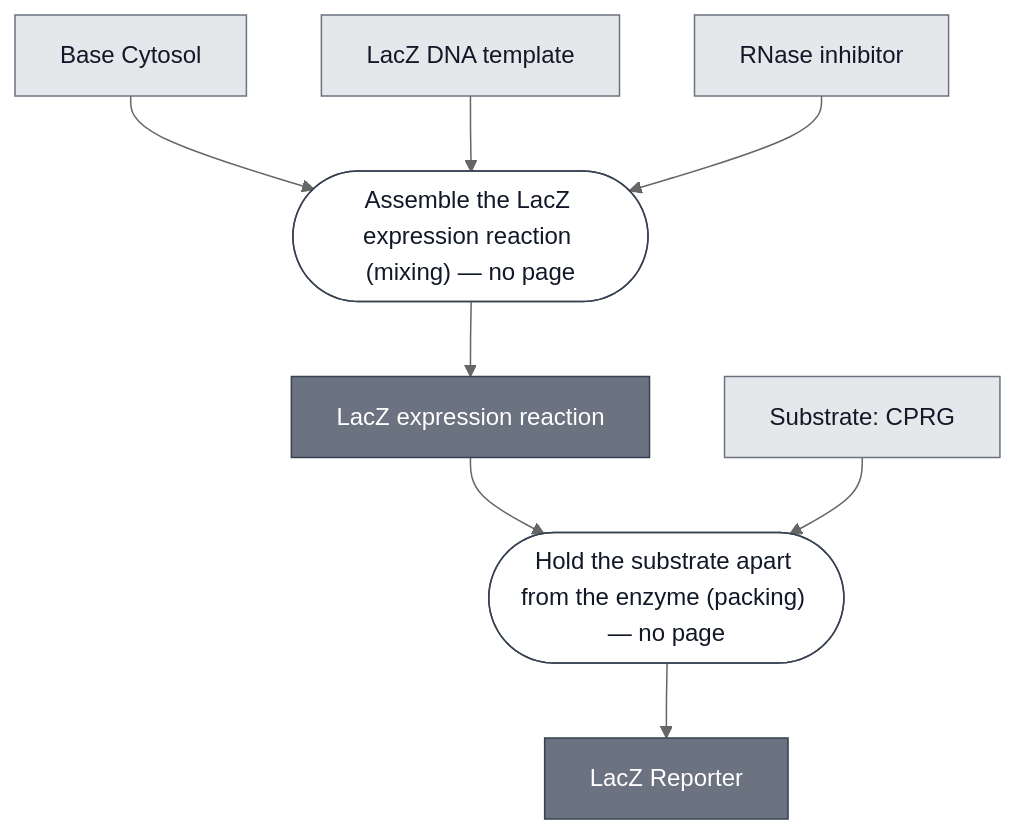
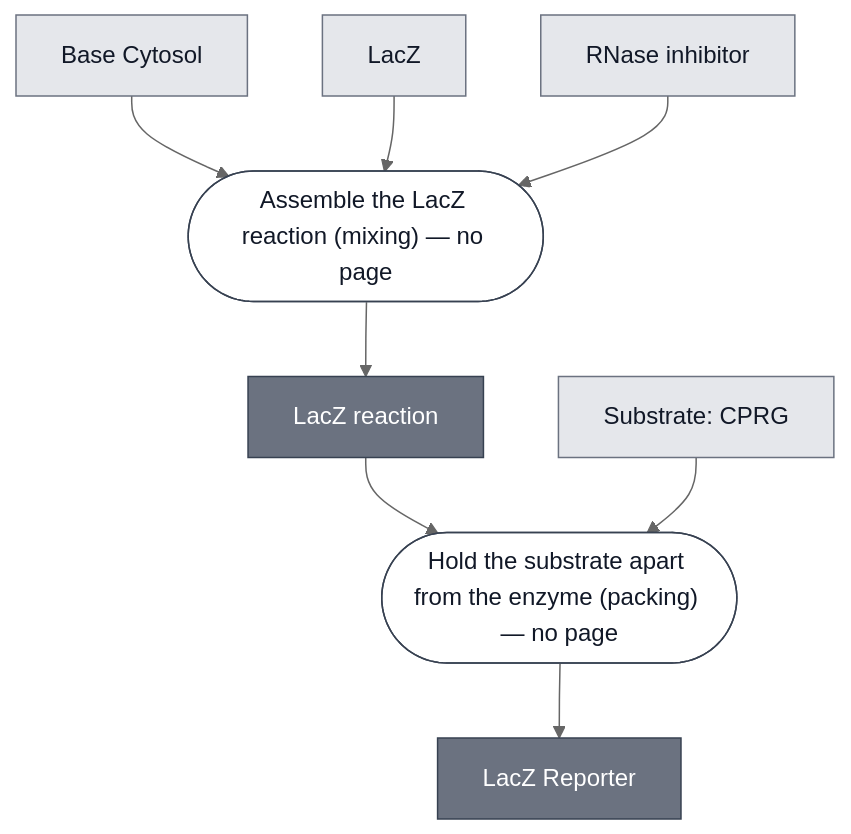
Before and after one commit to nucleus-eng/nucleus-docs: the diagram in docs/modules/reporter-lacz/spec.md, drawn with Mermaid (neutral theme). The commit also changed other lines of this file and 9 other files, not shown here.

````diff
--- a/docs/modules/reporter-lacz/spec.md
+++ b/docs/modules/reporter-lacz/spec.md
@@ -36,33 +36,34 @@
 ```mermaid
 flowchart TD
     BASE_CYTOSOL["Base Cytosol"]
-    LACZ_DNA["LacZ DNA template"]
+    LACZ["LacZ"]
     SUBSTRATE_CPRG["Substrate: CPRG"]
     RNASE_INHIBITOR["RNase inhibitor"]
 
-    P1_EXPRESS_LACZ_0(["Assemble the LacZ expression reaction (mixing) — no page"])
-    LACZ_EXPRESSION_REACTION["LacZ expression reaction"]
+    P1_ASSEMBLE_LACZ_REACTION_0(["Assemble the LacZ reaction (mixing) — no page"])
+    LACZ_REACTION["LacZ reaction"]
     P2_HOLD_SUBSTRATE_APART_0(["Hold the substrate apart from the enzyme (packing) — no page"])
     REPORTER_LACZ["LacZ Reporter"]
 
-    BASE_CYTOSOL --> P1_EXPRESS_LACZ_0
-    LACZ_DNA --> P1_EXPRESS_LACZ_0
-    RNASE_INHIBITOR --> P1_EXPRESS_LACZ_0
-    P1_EXPRESS_LACZ_0 --> LACZ_EXPRESSION_REACTION
+    BASE_CYTOSOL --> P1_ASSEMBLE_LACZ_REACTION_0
+    LACZ --> P1_ASSEMBLE_LACZ_REACTION_0
+    RNASE_INHIBITOR --> P1_ASSEMBLE_LACZ_REACTION_0
+    P1_ASSEMBLE_LACZ_REACTION_0 --> LACZ_REACTION
 
-    LACZ_EXPRESSION_REACTION --> P2_HOLD_SUBSTRATE_APART_0
+    LACZ_REACTION --> P2_HOLD_SUBSTRATE_APART_0
     SUBSTRATE_CPRG --> P2_HOLD_SUBSTRATE_APART_0
     P2_HOLD_SUBSTRATE_APART_0 --> REPORTER_LACZ
 
 
     classDef leaf     fill:#e5e7eb,stroke:#6b7280,color:#111827;
     classDef composed fill:#6b7280,stroke:#374151,color:#ffffff;
     classDef process  fill:#ffffff,stroke:#374151,color:#111827;
-    class BASE_CYTOSOL,LACZ_DNA,SUBSTRATE_CPRG,RNASE_INHIBITOR leaf;
-    class LACZ_EXPRESSION_REACTION,REPORTER_LACZ composed;
-    class P1_EXPRESS_LACZ_0,P2_HOLD_SUBSTRATE_APART_0 process;
+    class BASE_CYTOSOL,LACZ,SUBSTRATE_CPRG,RNASE_INHIBITOR leaf;
+    class LACZ_REACTION,REPORTER_LACZ composed;
+    class P1_ASSEMBLE_LACZ_REACTION_0,P2_HOLD_SUBSTRATE_APART_0 process;
 
     click BASE_CYTOSOL "/docs/modules/base-cytosol/spec"
+    click LACZ "/docs/modules/lacz/spec"
     click SUBSTRATE_CPRG "/docs/modules/substrate-cprg/spec"
     click REPORTER_LACZ "/docs/modules/reporter-lacz/spec"
 ```
````
